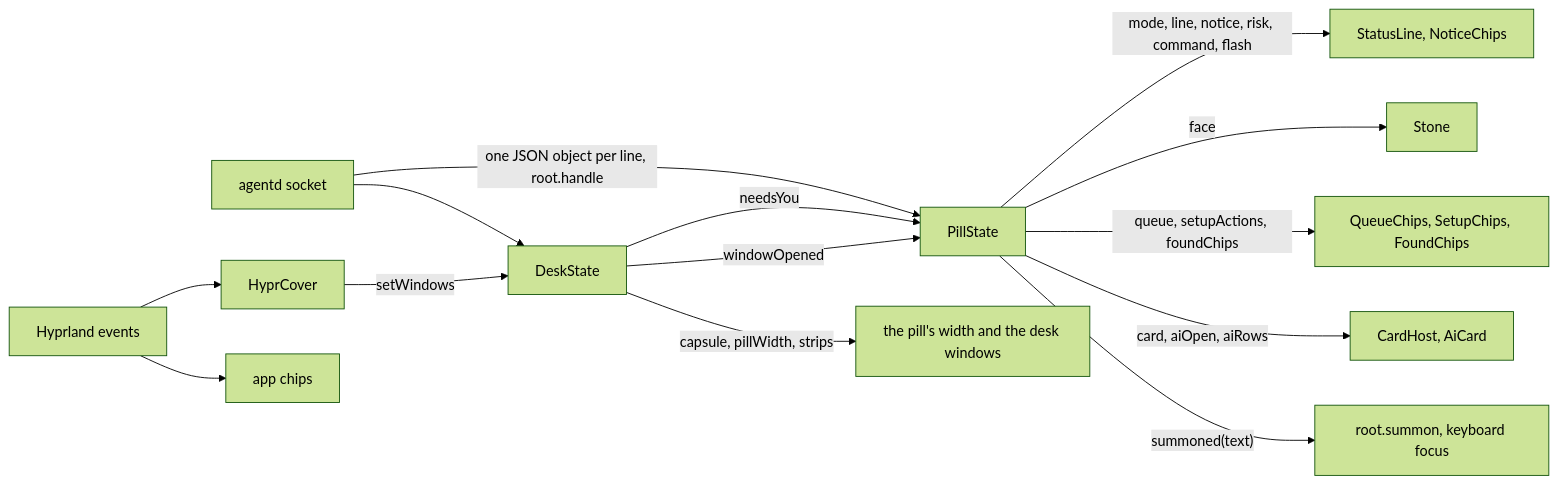
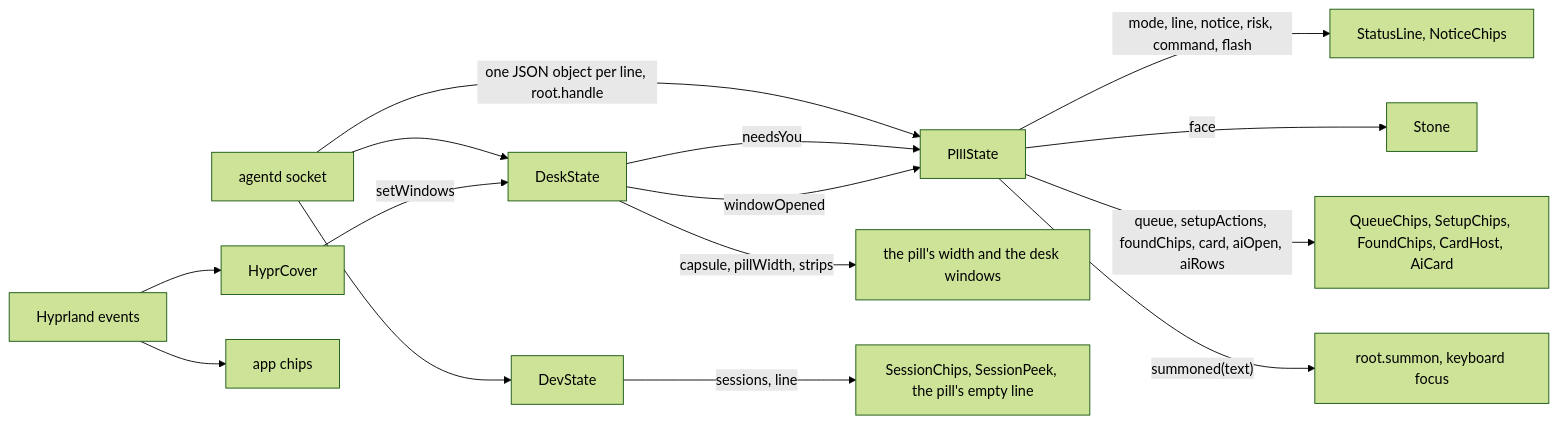
Before and after one commit to thedefaultman/Bombadil: the first of 3 diagrams in docs/architecture/shell.md, drawn with Mermaid (forest theme). The commit also changed other lines of this file and 37 other files, not shown here.

First line of the commit message:
docs: image, install and session-service pages checked against main with coding sessions (work in progress)

````diff
--- a/docs/architecture/shell.md
+++ b/docs/architecture/shell.md
@@ -12,16 +12,17 @@
 ```mermaid
 flowchart LR
     agentd["agentd socket"] -->|"one JSON object per line, root.handle"| pill["PillState"]
     agentd --> desk["DeskState"]
+    agentd --> dev["DevState"]
     pill -->|"mode, line, notice, risk, command, flash"| line["StatusLine, NoticeChips"]
     pill -->|"face"| stone["Stone"]
-    pill -->|"queue, setupActions, foundChips"| chips["QueueChips, SetupChips, FoundChips"]
-    pill -->|"card, aiOpen, aiRows"| cards["CardHost, AiCard"]
+    pill -->|"queue, setupActions, foundChips, card, aiOpen, aiRows"| chips["QueueChips, SetupChips, FoundChips, CardHost, AiCard"]
     pill -->|"summoned(text)"| focus["root.summon, keyboard focus"]
     desk -->|"needsYou"| pill
     desk -->|"windowOpened"| pill
     desk -->|"capsule, pillWidth, strips"| bar["the pill's width and the desk windows"]
+    dev -->|"sessions, line"| dots["SessionChips, SessionPeek, the pill's empty line"]
     hypr["Hyprland events"] --> cover["HyprCover"]
     cover -->|"setWindows"| desk
     hypr --> appchips["app chips"]
 ```
````
